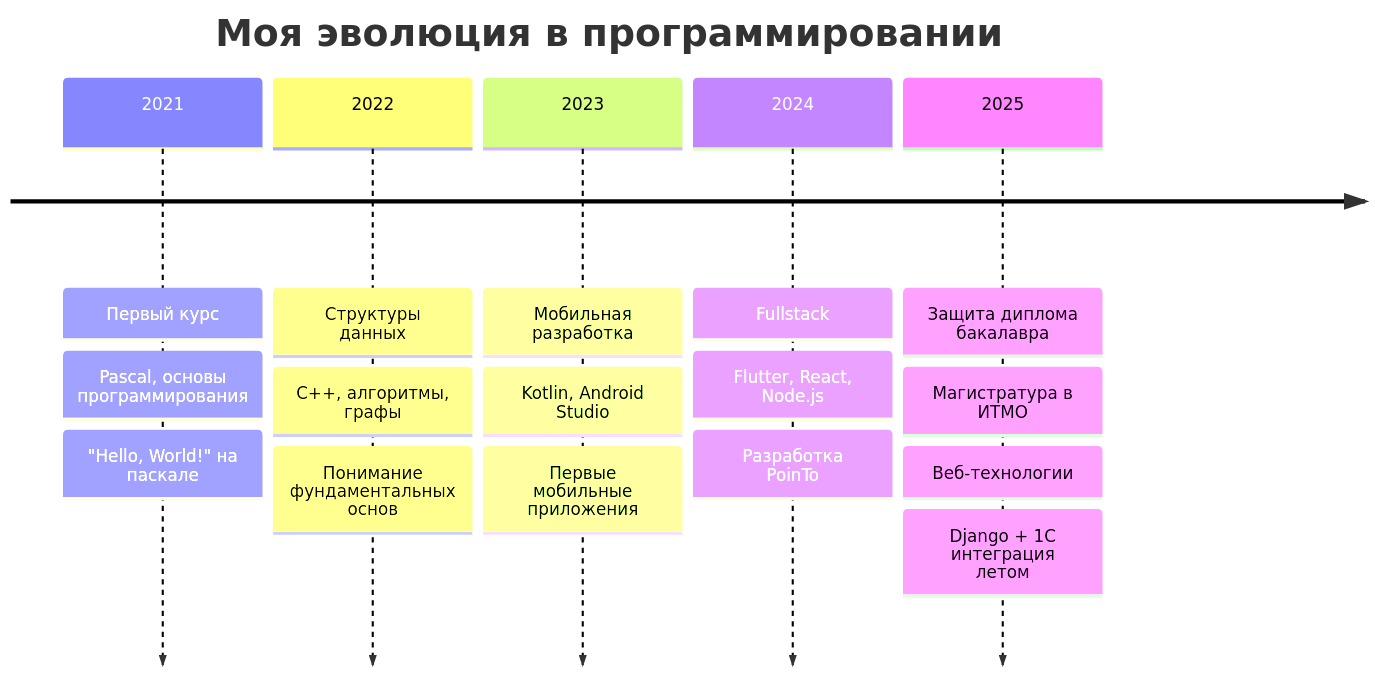
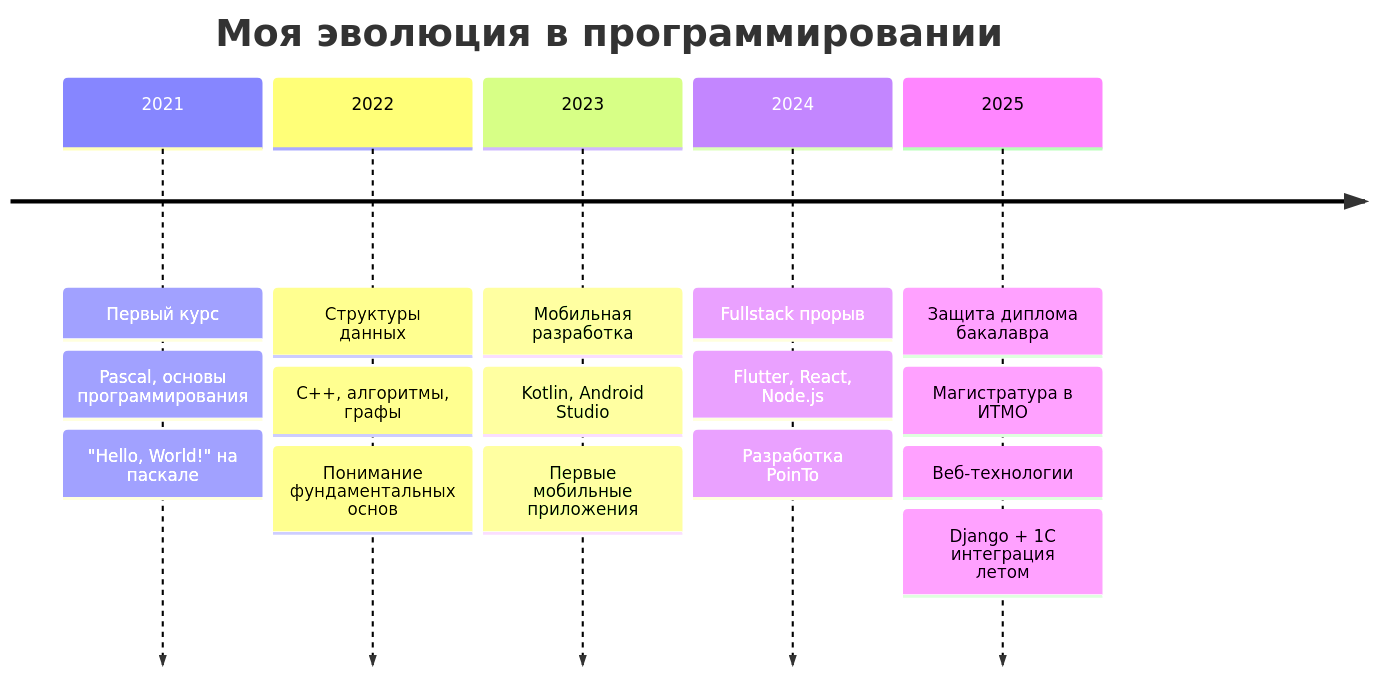
Before and after one commit to gmorong/gmorong: the diagram in README.md, drawn with Mermaid. The commit also changed other lines of this file, not shown here.

````diff
--- a/README.md
+++ b/README.md
@@ -96,25 +102,25 @@
 ```mermaid
 timeline
     title Моя эволюция в программировании
     
     2021 : Первый курс
          : Pascal, основы программирования
          : "Hello, World!" на паскале
     
     2022 : Структуры данных
          : C++, алгоритмы, графы
          : Понимание фундаментальных основ
     
     2023 : Мобильная разработка
          : Kotlin, Android Studio
          : Первые мобильные приложения
     
-    2024 : Fullstack
+    2024 : Fullstack прорыв
          : Flutter, React, Node.js
          : Разработка PoinTo
     
-    2025 : Защита диплома бакалавра 
+    2025 : Защита диплома бакалавра
          : Магистратура в ИТМО
          : Веб-технологии
          : Django + 1C интеграция летом
 ```
````
